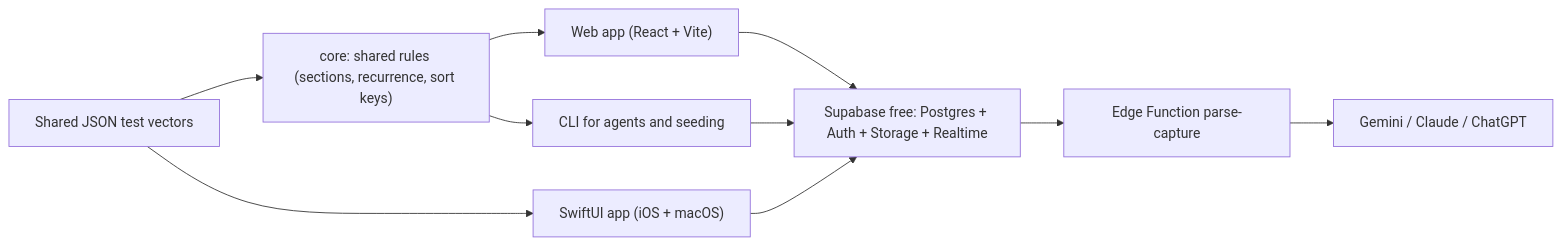
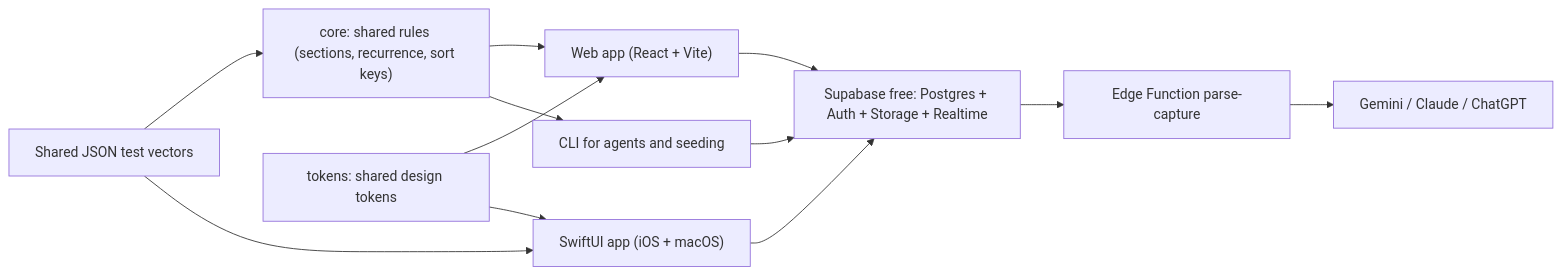
One commit to daveknight/task-man changed the diagram in PLAN.md. Above: the diagram before and after it, drawn with Mermaid. The commit also changed other lines of this file, not shown here.

First line of the commit message:
Plan: adopt shadcn/ui on web and Apple-native components on iOS and macOS

````diff
--- a/PLAN.md
+++ b/PLAN.md
@@ -201,20 +201,23 @@
 ```mermaid
 flowchart LR
   core["core: shared rules (sections, recurrence, sort keys)"]
   web["Web app (React + Vite)"]
   cli["CLI for agents and seeding"]
   ios["SwiftUI app (iOS + macOS)"]
   supa["Supabase free: Postgres + Auth + Storage + Realtime"]
   edge["Edge Function parse-capture"]
   llm["Gemini / Claude / ChatGPT"]
   supa --> edge
   edge --> llm
   fixtures["Shared JSON test vectors"]
+  tokens["tokens: shared design tokens"]
   core --> web
   core --> cli
   fixtures --> core
   fixtures --> ios
+  tokens --> web
+  tokens --> ios
   web --> supa
   cli --> supa
   ios --> supa
 ```
````
